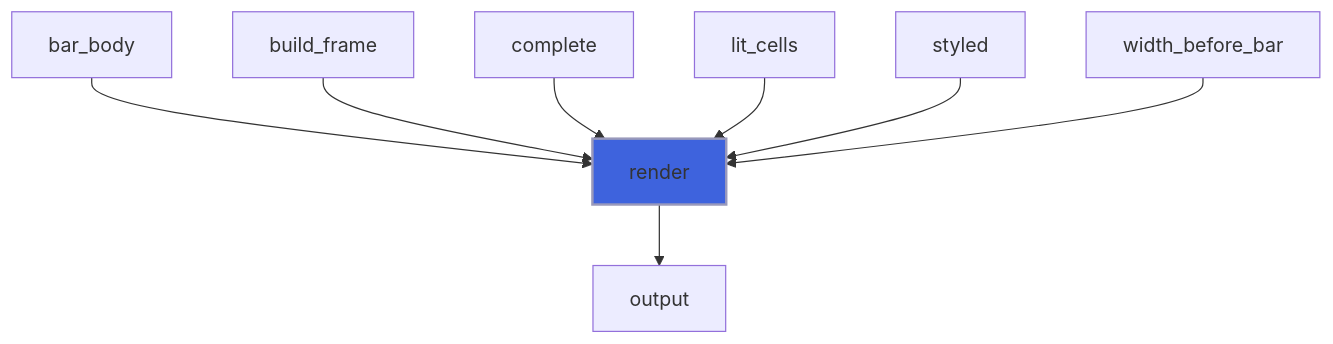
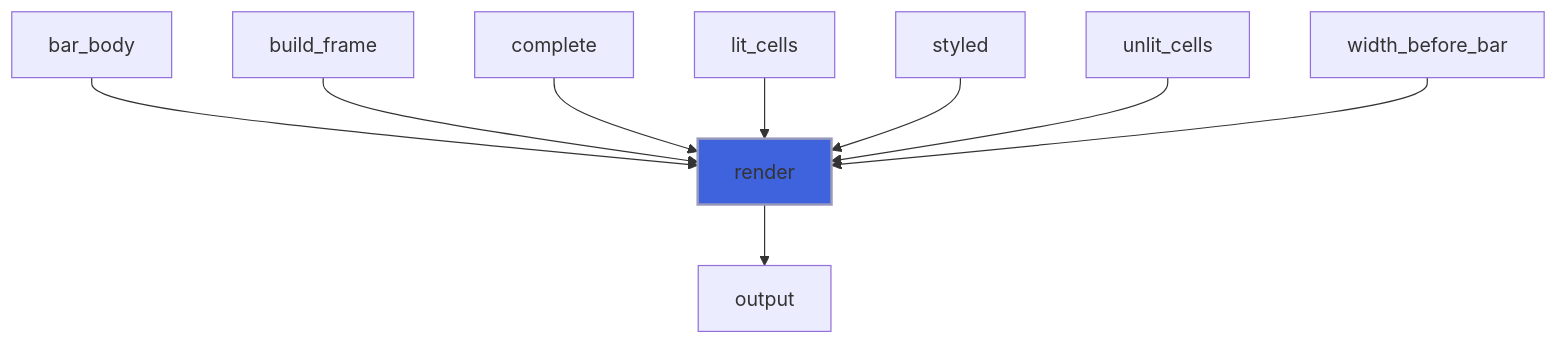
Before and after one commit to szaghi/forbear: diagram 41 of 41 in docs/api/src/lib/forbear_bar_object.md, drawn with Mermaid. The commit also changed other lines of this file and 16 other files, not shown here.

````diff
--- a/docs/api/src/lib/forbear_bar_object.md
+++ b/docs/api/src/lib/forbear_bar_object.md
@@ -1265,11 +1332,12 @@
 ```mermaid
 flowchart TD
   bar_body["bar_body"] --> render["render"]
   build_frame["build_frame"] --> render["render"]
   complete["complete"] --> render["render"]
   lit_cells["lit_cells"] --> render["render"]
   styled["styled"] --> render["render"]
+  unlit_cells["unlit_cells"] --> render["render"]
   width_before_bar["width_before_bar"] --> render["render"]
   render["render"] --> output["output"]
   style render fill:#3e63dd,stroke:#99b,stroke-width:2px
 ```
````
